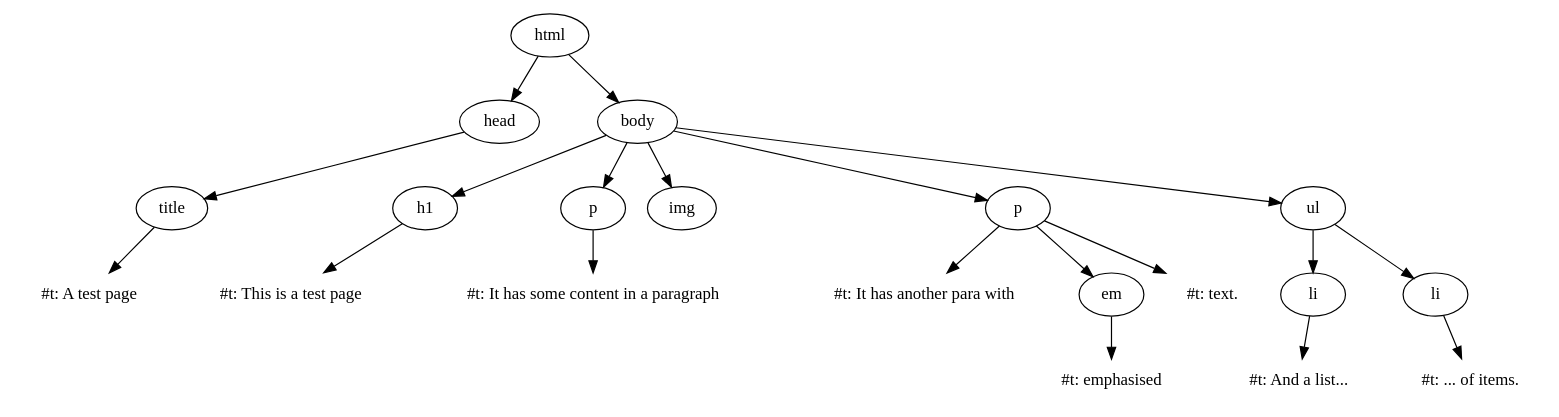
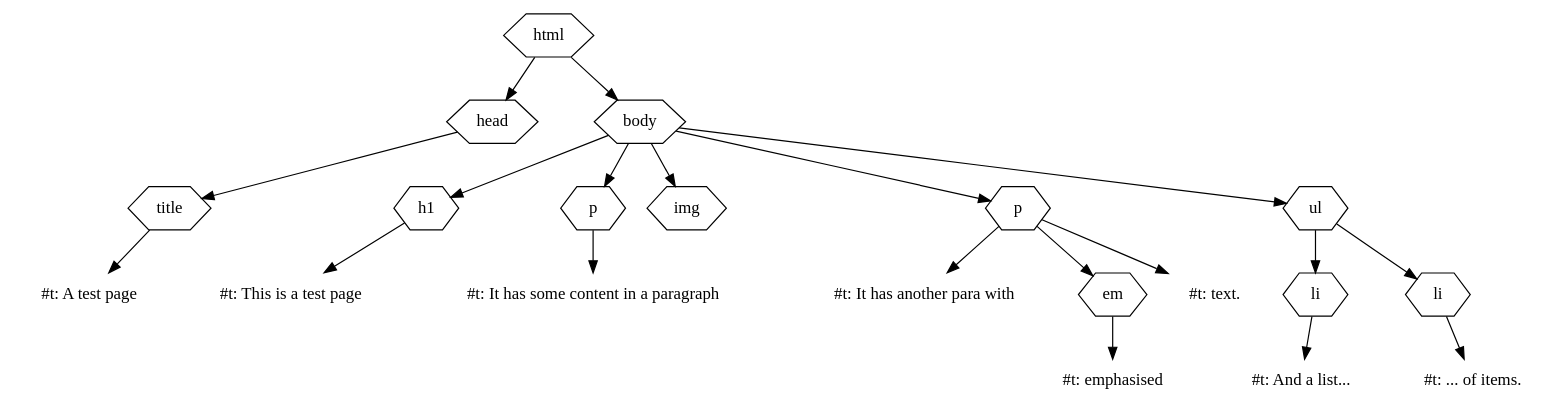
The seventh of 11 diagrams in courseware/week2/day1.org (nikclayton/web-courseware), drawn with Graphviz before and after one commit. The commit also changed other lines of this file and 1 other file, not shown here.

Commit message:
Use hexagons to represent HTML Element nodes in graphs.

```diff
--- a/courseware/week2/day1.org
+++ b/courseware/week2/day1.org
@@ -2729,42 +2736,42 @@
 #+BEGIN_SRC dot :file tree-sample.svg :cmdline -Tsvg -Gstylesheet=../graphviz.css
   digraph G {
-    //node [shape="none"];
+    node [shape="hexagon"];
 
     html -> head;
     head -> title;
     title -> title_content;
     title_content [label="#t: A test page" shape="none"];
 
     html -> body;
     body -> h1;
     h1 -> h1_content;
     h1_content [label="#t: This is a test page" shape="none"];
 
     body -> p1;
     p1 [label="p"];
     p1 -> p1_content;
     p1_content [label="#t: It has some content in a paragraph" shape="none"];
 
     body -> img;
 
     body -> p2;
     p2 [label="p"];
     p2 -> p2_content_1;
     p2_content_1 [label="#t: It has another para with " shape="none"];
     p2 -> em;
     em -> em_content;
     em_content [label="#t: emphasised" shape="none"];
     p2 -> p2_content_2;
     p2_content_2 [label="#t: text." shape="none"];
 
     body -> ul;
     ul -> li1;
     li1 [label="li"];
     li1 -> li1_content;
     li1_content [label="#t: And a list..." shape="none"];
     ul -> li2;
     li2 [label="li"];
     li2 -> li2_content;
     li2_content [label="#t: ... of items." shape="none"];
   }
 #+END_SRC
```
